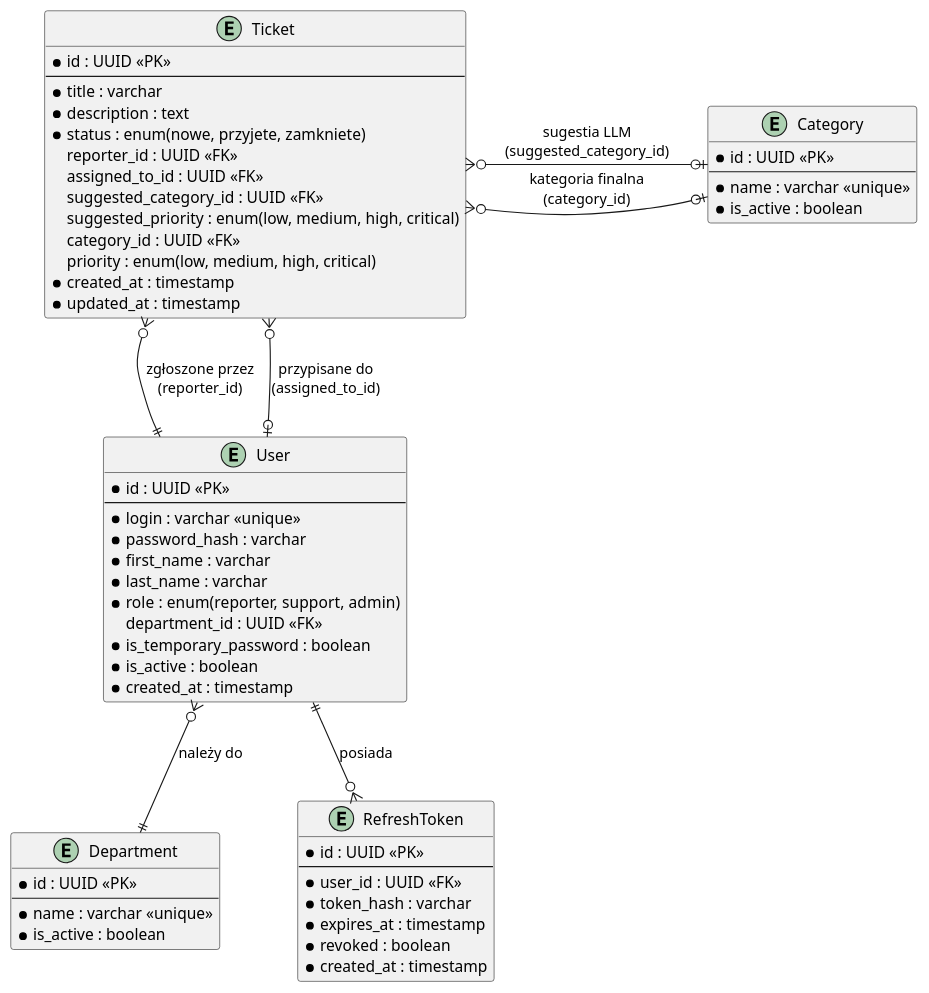
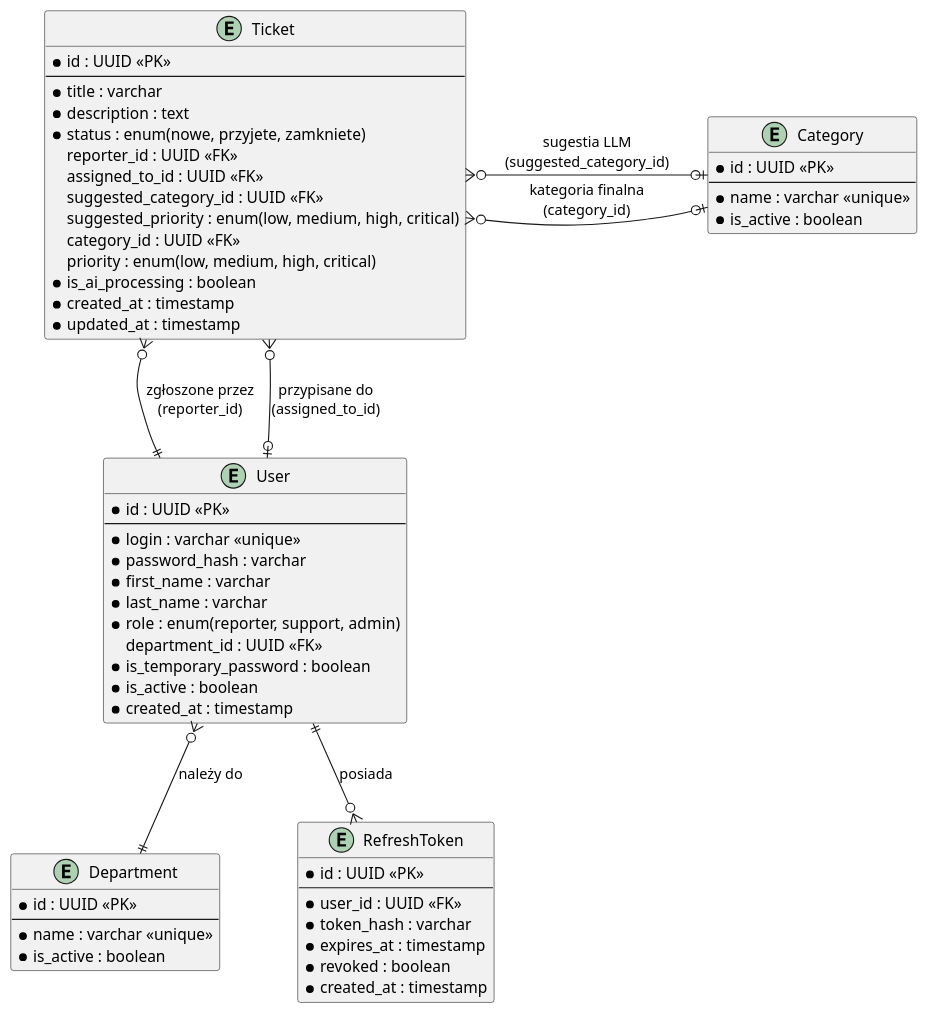
The diagram in docs/ERD.puml (Barry4747/HelpDesk), drawn with PlantUML before and after one commit. The commit also changed 11 other files, not shown here.

```diff
--- a/docs/ERD.puml
+++ b/docs/ERD.puml
@@ -1,68 +1,69 @@
 @startuml
 ' Zwiększamy odstępy, by etykiety miały miejsce
 skinparam nodesep 70
 skinparam ranksep 70
 
 entity "User" as User {
   * id : UUID <<PK>>
   --
   * login : varchar <<unique>>
   * password_hash : varchar
   * first_name : varchar
   * last_name : varchar
   * role : enum(reporter, support, admin)
   department_id : UUID <<FK>>
   * is_temporary_password : boolean
   * is_active : boolean
   * created_at : timestamp
 }
 
 entity "Department" as Department {
   * id : UUID <<PK>>
   --
   * name : varchar <<unique>>
   * is_active : boolean
 }
 
 entity "Category" as Category {
   * id : UUID <<PK>>
   --
   * name : varchar <<unique>>
   * is_active : boolean
 }
 
 entity "Ticket" as Ticket {
   * id : UUID <<PK>>
   --
   * title : varchar
   * description : text
   * status : enum(nowe, przyjete, zamkniete)
   reporter_id : UUID <<FK>>
   assigned_to_id : UUID <<FK>>
   suggested_category_id : UUID <<FK>>
   suggested_priority : enum(low, medium, high, critical)
   category_id : UUID <<FK>>
   priority : enum(low, medium, high, critical)
+  * is_ai_processing : boolean
   * created_at : timestamp
   * updated_at : timestamp
 }
 
 entity "RefreshToken" as RefreshToken {
   * id : UUID <<PK>>
   --
   * user_id : UUID <<FK>>
   * token_hash : varchar
   * expires_at : timestamp
   * revoked : boolean
   * created_at : timestamp
 }
 
 User }o-down-|| Department : "należy do"
 User ||-down-o{ RefreshToken : "posiada"
 
 Ticket }o-down-|| User : "zgłoszone przez\n(reporter_id)"
 Ticket }o-down-o| User : "przypisane do\n(assigned_to_id)"
 Ticket }o-right-o| Category : "kategoria finalna\n(category_id)"
 Ticket }o-right-o| Category : "sugestia LLM\n(suggested_category_id)"
 
 @enduml
```
